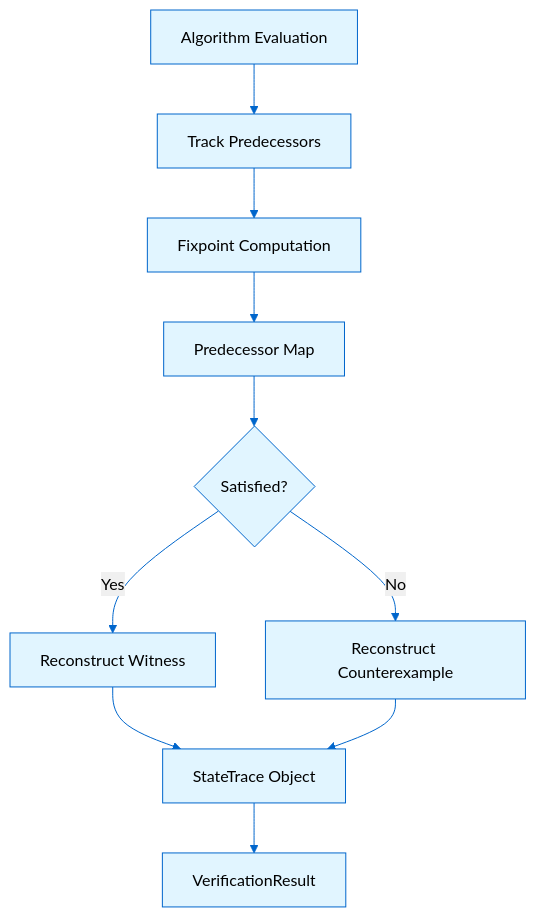
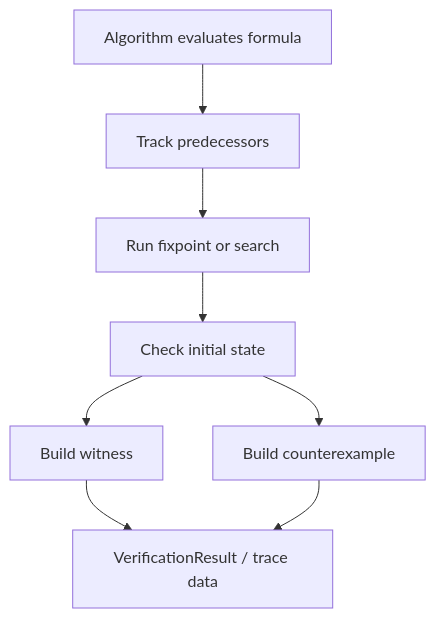
The third of 3 diagrams in docs/architecture.md (VITAMIN-organisation/vitamin-model-checker), drawn with Mermaid before and after one commit. The commit also changed other lines of this file and 13 other files, not shown here.

````diff
--- a/docs/architecture.md
+++ b/docs/architecture.md
@@ -92,13 +138,14 @@
 ```mermaid
-%%{init: {'theme':'base', 'themeVariables': {'primaryColor':'#e1f5ff','primaryTextColor':'#000','primaryBorderColor':'#0066cc','lineColor':'#0066cc','secondaryColor':'#f0f0f0','tertiaryColor':'#ffffff'}}}%%
 flowchart TD
-    A["Algorithm Evaluation"] --> B["Track Predecessors"]
-    B --> C["Fixpoint Computation"]
-    C --> D["Predecessor Map"]
-    D --> E{"Satisfied?"}
-    E -->|Yes| F["Reconstruct Witness"]
-    E -->|No| G["Reconstruct Counterexample"]
-    F --> H["StateTrace Object"]
-    G --> H
-    H --> I["VerificationResult"]
+    evaluate["Algorithm evaluates formula"]
+    predecessors["Track predecessors"]
+    fixpoint["Run fixpoint or search"]
+    satisfied["Check initial state"]
+    witness["Build witness"]
+    counterexample["Build counterexample"]
+    trace["VerificationResult / trace data"]
+
+    evaluate --> predecessors --> fixpoint --> satisfied
+    satisfied --> witness --> trace
+    satisfied --> counterexample --> trace
 ```
````
